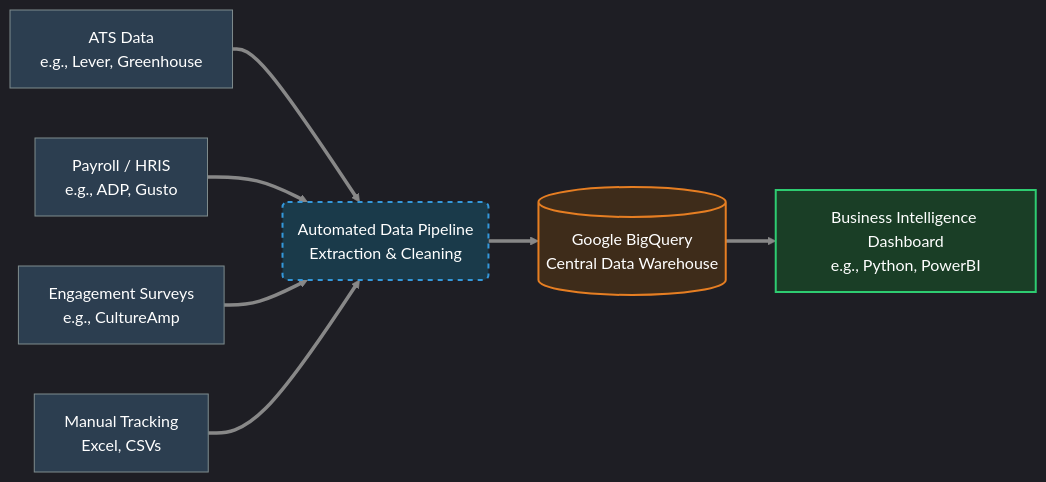
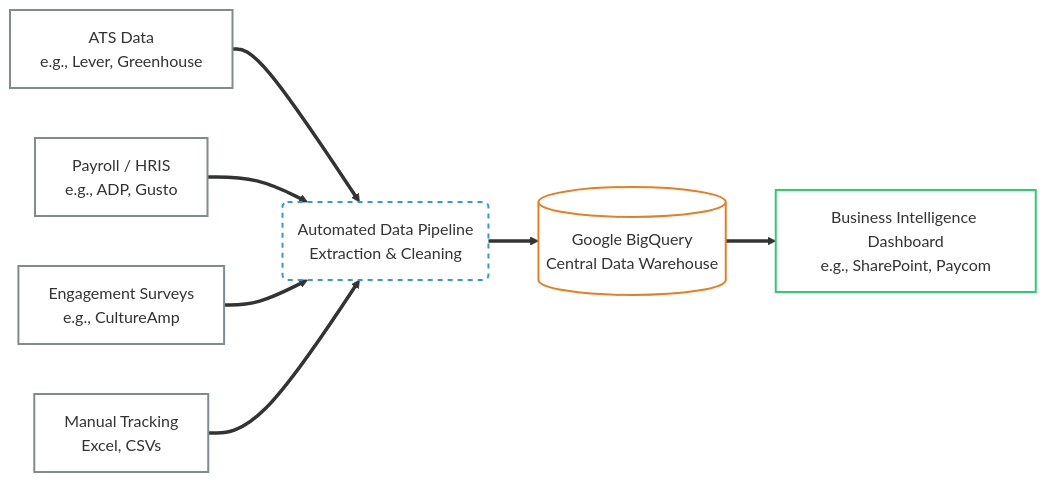
The diagram in Streamlining_Data/streamlining_data.qmd (007Ian/Ians_Work), drawn with Mermaid before and after one commit. The commit also changed other lines of this file and 7 other files, not shown here.

````diff
--- a/Streamlining_Data/streamlining_data.qmd
+++ b/Streamlining_Data/streamlining_data.qmd
@@ -29,30 +67,28 @@
 ```{mermaid}
 graph LR
-    %%{init: {'theme': 'dark', 'themeVariables': { 'primaryTextColor': '#fff', 'lineColor': '#888'}}}%%
-    
-    %% Define dark mode styles with increased contrast
-    classDef source fill:#2c3e50,stroke:#7f8c8d,stroke-width:1px,color:white;
-    classDef pipeline fill:#1a3a4a,stroke:#3498db,stroke-width:2px,color:white,stroke-dasharray: 5 5;
-    classDef warehouse fill:#3e2c1a,stroke:#e67e22,stroke-width:2px,color:white;
-    classDef dashboard fill:#1a3e26,stroke:#2ecc71,stroke-width:2px,color:white;
+    %% Removed hardcoded init theme to allow Quarto to toggle variables automatically
+    %% Changed fill to none so text inherits light/dark contrast automatically
+
+    classDef source fill:none,stroke:#7f8c8d,stroke-width:2px;
+    classDef pipeline fill:none,stroke:#3498db,stroke-width:2px,stroke-dasharray: 5 5;
+    classDef warehouse fill:none,stroke:#e67e22,stroke-width:2px;
+    classDef dashboard fill:none,stroke:#2ecc71,stroke-width:2px;
 
     %% Nodes
     A[ATS Data<br>e.g., Lever, Greenhouse]:::source
     B[Payroll / HRIS<br>e.g., ADP, Gusto]:::source
     C[Engagement Surveys<br>e.g., CultureAmp]:::source
     D[Manual Tracking<br>Excel, CSVs]:::source
-    
+
     E(Automated Data Pipeline<br>Extraction & Cleaning):::pipeline
-    
     F[(Google BigQuery<br>Central Data Warehouse)]:::warehouse
-    
-    G[Business Intelligence Dashboard<br>e.g., Python, PowerBI]:::dashboard
+    G[Business Intelligence Dashboard<br>e.g., SharePoint, Paycom]:::dashboard
 
-    %% Flow - thickened lines for dark background visibility
+    %% Flow 
     A ==> E
     B ==> E
     C ==> E
     D ==> E
     E ==> F
     F ==> G
 ```
````
